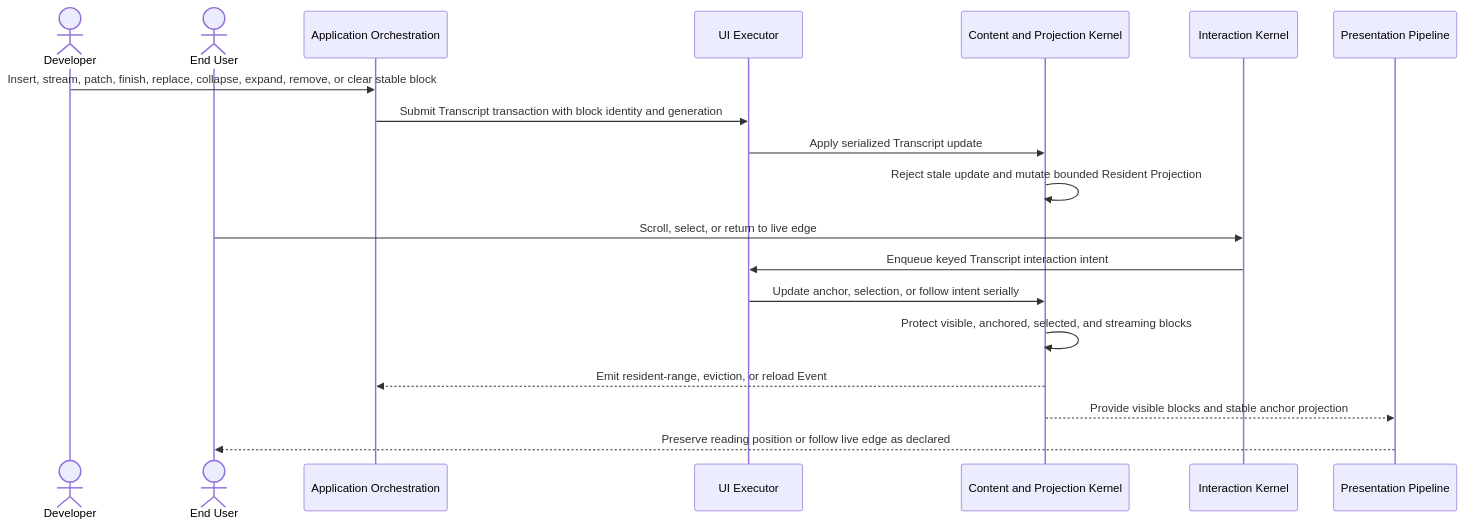
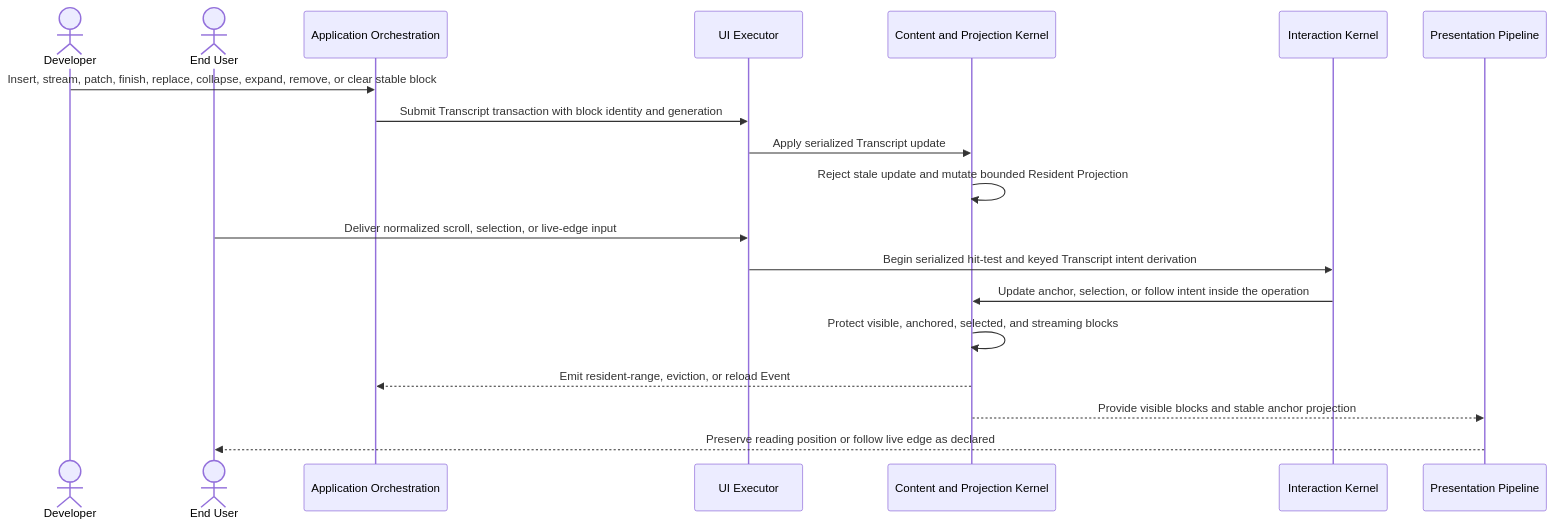
The diagram in .constitution/architecture/flows/transcript-streaming.md (Tuvren/tuvren-tui), drawn with Mermaid before and after one commit. The commit also changed 6 other files, not shown here.

````diff
--- a/.constitution/architecture/flows/transcript-streaming.md
+++ b/.constitution/architecture/flows/transcript-streaming.md
@@ -9,22 +9,22 @@
 ```mermaid
 sequenceDiagram
     actor Dev as Developer
     actor EU as End User
     participant Orch as Application Orchestration
     participant Exec as UI Executor
     participant Content as Content and Projection Kernel
     participant Interact as Interaction Kernel
     participant Present as Presentation Pipeline
 
     Dev->>Orch: Insert, stream, patch, finish, replace, collapse, expand, remove, or clear stable block
     Orch->>Exec: Submit Transcript transaction with block identity and generation
     Exec->>Content: Apply serialized Transcript update
     Content->>Content: Reject stale update and mutate bounded Resident Projection
-    EU->>Interact: Scroll, select, or return to live edge
-    Interact->>Exec: Enqueue keyed Transcript interaction intent
-    Exec->>Content: Update anchor, selection, or follow intent serially
+    EU->>Exec: Deliver normalized scroll, selection, or live-edge input
+    Exec->>Interact: Begin serialized hit-test and keyed Transcript intent derivation
+    Interact->>Content: Update anchor, selection, or follow intent inside the operation
     Content->>Content: Protect visible, anchored, selected, and streaming blocks
     Content-->>Orch: Emit resident-range, eviction, or reload Event
     Content-->>Present: Provide visible blocks and stable anchor projection
     Present-->>EU: Preserve reading position or follow live edge as declared
 ```
````
